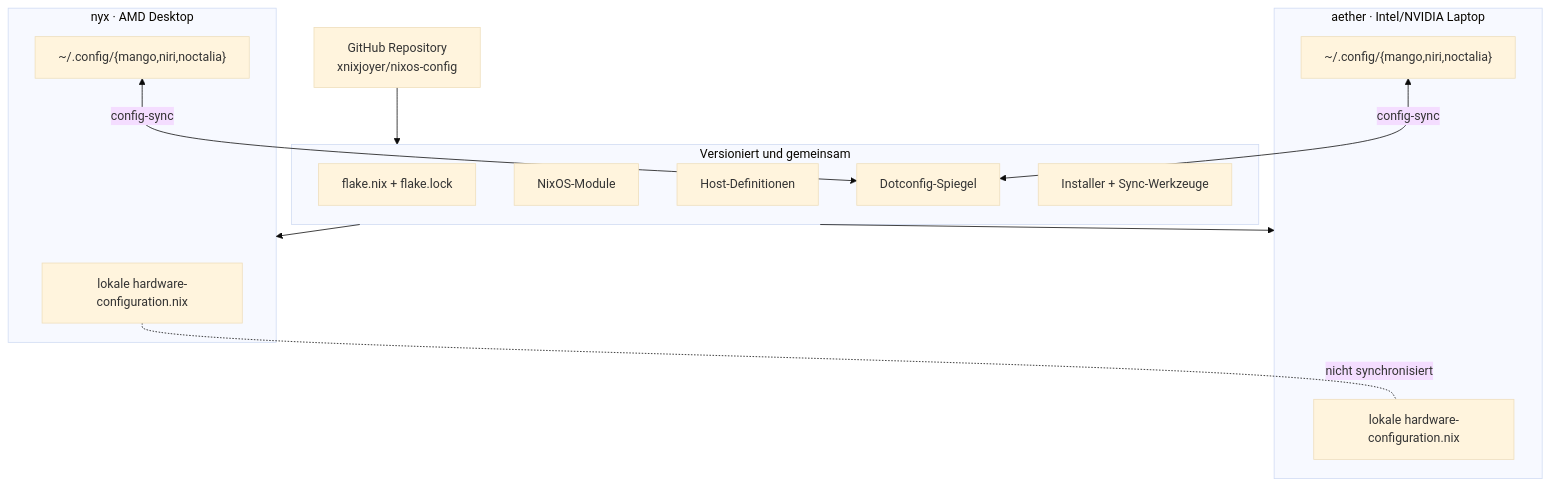
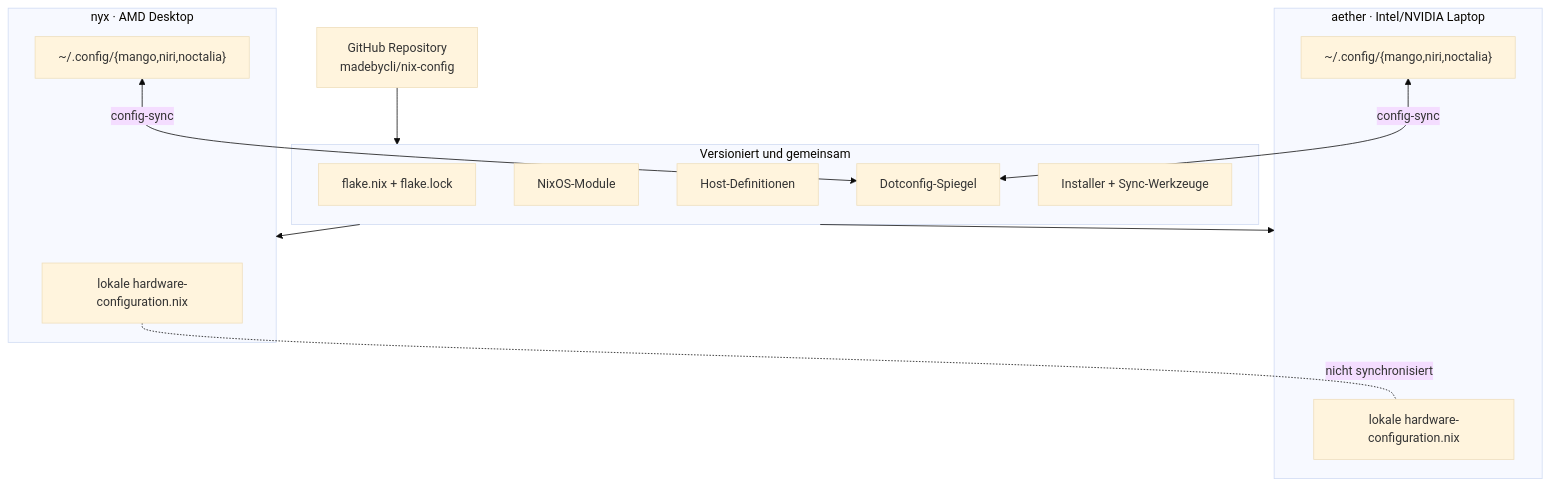
The first of 5 diagrams in README.md (madebycli/nix-config), drawn with Mermaid (base theme) before and after one commit. The commit also changed other lines of this file and 6 other files, not shown here.

Commit message:
chore: migrate repository to madebycli/nix-config

````diff
--- a/README.md
+++ b/README.md
@@ -43,29 +59,29 @@
 ```mermaid
 flowchart TB
-    GH["GitHub Repository<br/>xnixjoyer/nixos-config"]
+    GH["GitHub Repository<br/>madebycli/nix-config"]
 
     subgraph SHARED["Versioniert und gemeinsam"]
         F["flake.nix + flake.lock"]
         M["NixOS-Module"]
         H["Host-Definitionen"]
         D["Dotconfig-Spiegel"]
         S["Installer + Sync-Werkzeuge"]
     end
 
     subgraph NYX["nyx · AMD Desktop"]
         NH["lokale hardware-configuration.nix"]
         NC["~/.config/{mango,niri,noctalia}"]
     end
 
     subgraph AETHER["aether · Intel/NVIDIA Laptop"]
         AH["lokale hardware-configuration.nix"]
         AC["~/.config/{mango,niri,noctalia}"]
     end
 
     GH --> SHARED
     SHARED --> NYX
     SHARED --> AETHER
     NC <-->|"config-sync"| D
     AC <-->|"config-sync"| D
     NH -. "nicht synchronisiert" .- AH
 ```
````
